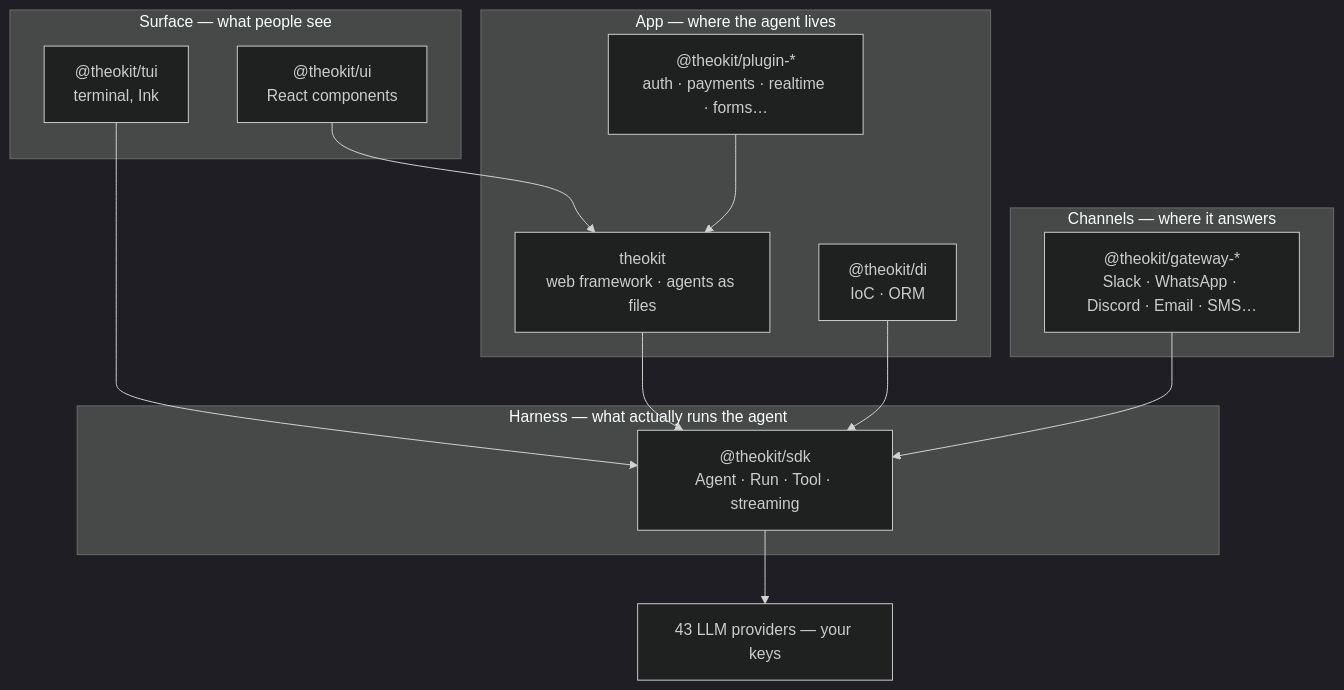
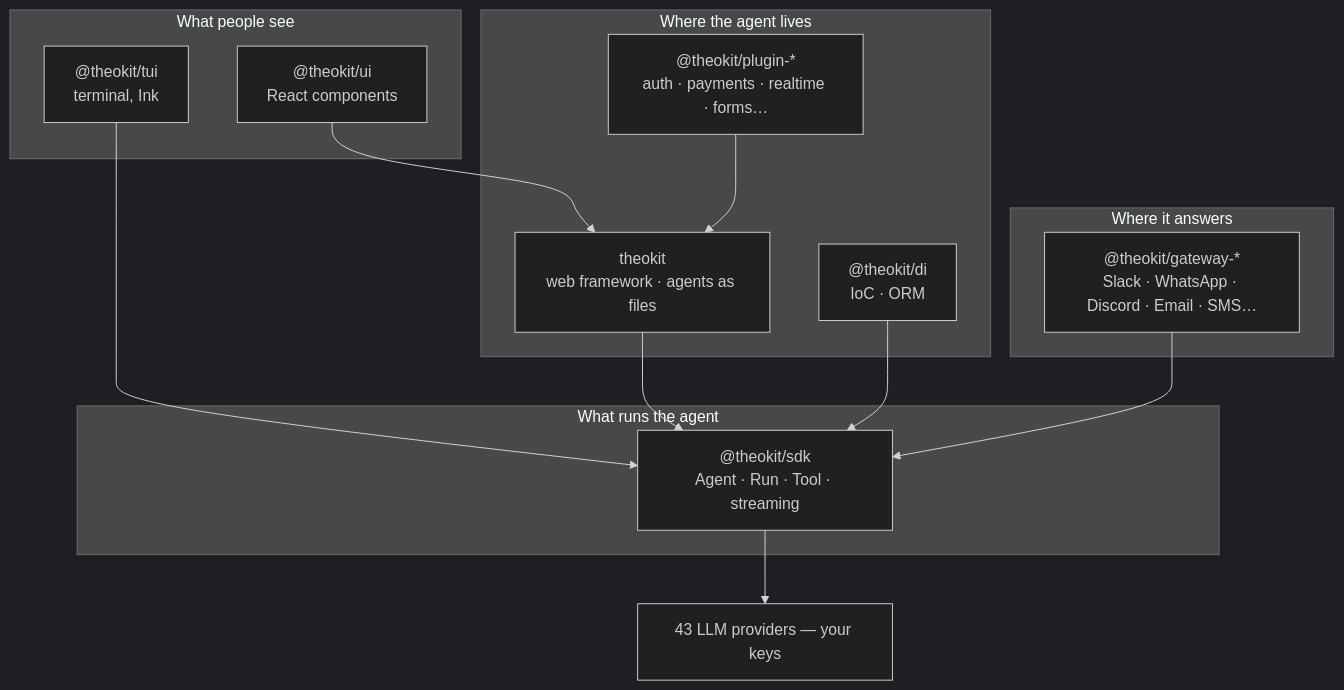
One commit to usetheokit/.github changed the diagram in profile/README.md. Above: the diagram before and after it, drawn with Mermaid (dark theme). The commit also changed other lines of this file and 3 other files, not shown here.

````diff
--- a/profile/README.md
+++ b/profile/README.md
@@ -118,29 +140,29 @@
 ```mermaid
 flowchart TD
-    subgraph surface["Surface — what people see"]
+    subgraph surface["What people see"]
         UI["@theokit/ui<br/>React components"]
         TUI["@theokit/tui<br/>terminal, Ink"]
     end
 
-    subgraph app["App — where the agent lives"]
+    subgraph app["Where the agent lives"]
         TK["theokit<br/>web framework · agents as files"]
         PL["@theokit/plugin-*<br/>auth · payments · realtime · forms…"]
         DI["@theokit/di<br/>IoC · ORM"]
     end
 
-    subgraph harness["Harness — what actually runs the agent"]
+    subgraph harness["What runs the agent"]
         SDK["@theokit/sdk<br/>Agent · Run · Tool · streaming"]
     end
 
-    subgraph channels["Channels — where it answers"]
+    subgraph channels["Where it answers"]
         GW["@theokit/gateway-*<br/>Slack · WhatsApp · Discord · Email · SMS…"]
     end
 
     UI --> TK
     TUI --> SDK
     TK --> SDK
     PL --> TK
     DI --> SDK
     GW --> SDK
     SDK --> LLM["43 LLM providers — your keys"]
 ```
````
